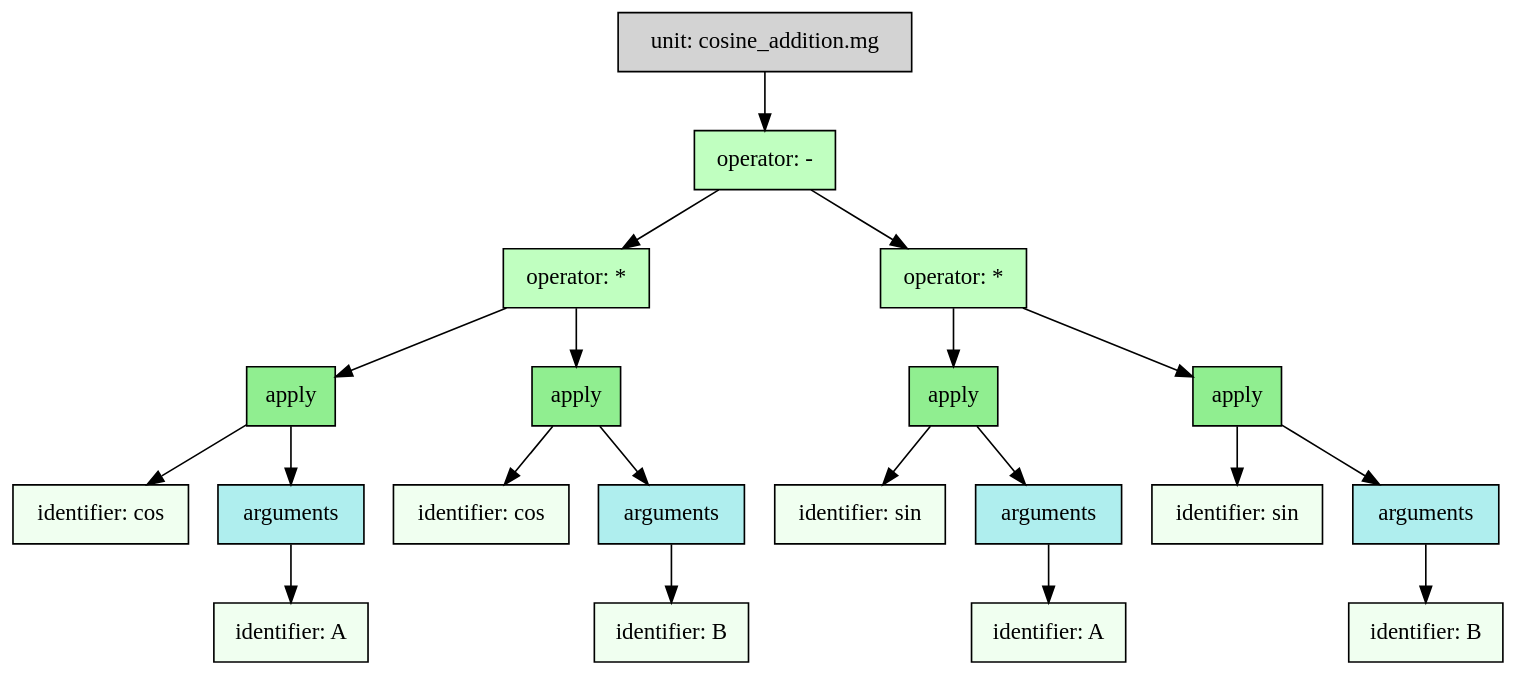
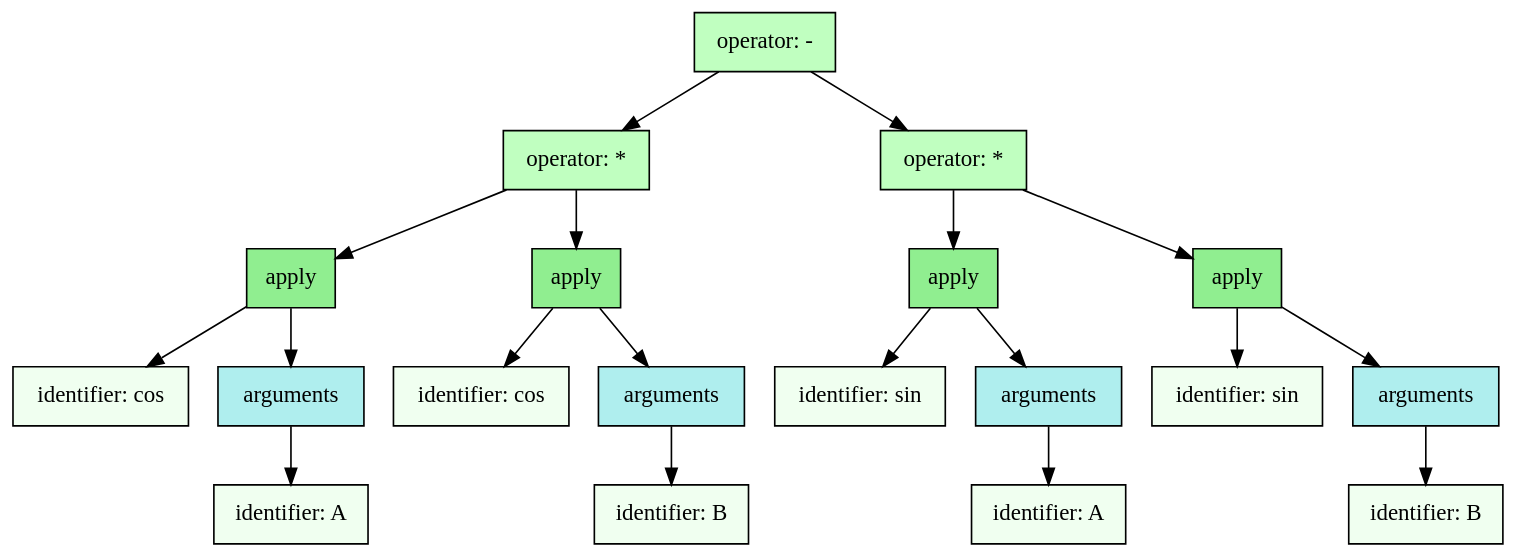
Before and after one commit to monogram-project/monogram: the second of 2 diagrams in docs/cosine_addition.md, drawn with Graphviz. The commit also changed other lines of this file and 10 other files, not shown here.

````diff
--- a/docs/cosine_addition.md
+++ b/docs/cosine_addition.md
@@ -304,45 +298,43 @@
 ```dot
 digraph G {
   bgcolor="transparent";
   node [shape="box", style="filled", fontname="Ubuntu Mono"];
-  "node_0xc00007e870" [label="unit: cosine_addition.mg", shape="box", fillcolor="lightgray"];
-  "node_0xc00007e810" [label="operator: -", shape="box", fillcolor="#C0FFC0"];
-  "node_0xc00007e870" -> "node_0xc00007e810";
-  "node_0xc00007e4b0" [label="operator: *", shape="box", fillcolor="#C0FFC0"];
-  "node_0xc00007e810" -> "node_0xc00007e4b0";
-  "node_0xc00007e300" [label="apply", shape="box", fillcolor="lightgreen"];
-  "node_0xc00007e4b0" -> "node_0xc00007e300";
-  "node_0xc00007e210" [label="identifier: cos", shape="box", fillcolor="Honeydew"];
-  "node_0xc00007e300" -> "node_0xc00007e210";
-  "node_0xc00007e2a0" [label="arguments", shape="box", fillcolor="PaleTurquoise"];
-  "node_0xc00007e300" -> "node_0xc00007e2a0";
-  "node_0xc00007e270" [label="identifier: A", shape="box", fillcolor="Honeydew"];
-  "node_0xc00007e2a0" -> "node_0xc00007e270";
-  "node_0xc00007e450" [label="apply", shape="box", fillcolor="lightgreen"];
-  "node_0xc00007e4b0" -> "node_0xc00007e450";
-  "node_0xc00007e360" [label="identifier: cos", shape="box", fillcolor="Honeydew"];
-  "node_0xc00007e450" -> "node_0xc00007e360";
-  "node_0xc00007e3f0" [label="arguments", shape="box", fillcolor="PaleTurquoise"];
-  "node_0xc00007e450" -> "node_0xc00007e3f0";
-  "node_0xc00007e3c0" [label="identifier: B", shape="box", fillcolor="Honeydew"];
-  "node_0xc00007e3f0" -> "node_0xc00007e3c0";
-  "node_0xc00007e7b0" [label="operator: *", shape="box", fillcolor="#C0FFC0"];
-  "node_0xc00007e810" -> "node_0xc00007e7b0";
-  "node_0xc00007e600" [label="apply", shape="box", fillcolor="lightgreen"];
-  "node_0xc00007e7b0" -> "node_0xc00007e600";
-  "node_0xc00007e510" [label="identifier: sin", shape="box", fillcolor="Honeydew"];
-  "node_0xc00007e600" -> "node_0xc00007e510";
-  "node_0xc00007e5a0" [label="arguments", shape="box", fillcolor="PaleTurquoise"];
-  "node_0xc00007e600" -> "node_0xc00007e5a0";
-  "node_0xc00007e570" [label="identifier: A", shape="box", fillcolor="Honeydew"];
-  "node_0xc00007e5a0" -> "node_0xc00007e570";
-  "node_0xc00007e750" [label="apply", shape="box", fillcolor="lightgreen"];
-  "node_0xc00007e7b0" -> "node_0xc00007e750";
-  "node_0xc00007e660" [label="identifier: sin", shape="box", fillcolor="Honeydew"];
-  "node_0xc00007e750" -> "node_0xc00007e660";
-  "node_0xc00007e6f0" [label="arguments", shape="box", fillcolor="PaleTurquoise"];
-  "node_0xc00007e750" -> "node_0xc00007e6f0";
-  "node_0xc00007e6c0" [label="identifier: B", shape="box", fillcolor="Honeydew"];
-  "node_0xc00007e6f0" -> "node_0xc00007e6c0";
+  "node_0xc0000a8810" [label="operator: -", shape="box", fillcolor="#C0FFC0"];
+  "node_0xc0000a84b0" [label="operator: *", shape="box", fillcolor="#C0FFC0"];
+  "node_0xc0000a8810" -> "node_0xc0000a84b0";
+  "node_0xc0000a8300" [label="apply", shape="box", fillcolor="lightgreen"];
+  "node_0xc0000a84b0" -> "node_0xc0000a8300";
+  "node_0xc0000a8210" [label="identifier: cos", shape="box", fillcolor="Honeydew"];
+  "node_0xc0000a8300" -> "node_0xc0000a8210";
+  "node_0xc0000a82a0" [label="arguments", shape="box", fillcolor="PaleTurquoise"];
+  "node_0xc0000a8300" -> "node_0xc0000a82a0";
+  "node_0xc0000a8270" [label="identifier: A", shape="box", fillcolor="Honeydew"];
+  "node_0xc0000a82a0" -> "node_0xc0000a8270";
+  "node_0xc0000a8450" [label="apply", shape="box", fillcolor="lightgreen"];
+  "node_0xc0000a84b0" -> "node_0xc0000a8450";
+  "node_0xc0000a8360" [label="identifier: cos", shape="box", fillcolor="Honeydew"];
+  "node_0xc0000a8450" -> "node_0xc0000a8360";
+  "node_0xc0000a83f0" [label="arguments", shape="box", fillcolor="PaleTurquoise"];
+  "node_0xc0000a8450" -> "node_0xc0000a83f0";
+  "node_0xc0000a83c0" [label="identifier: B", shape="box", fillcolor="Honeydew"];
+  "node_0xc0000a83f0" -> "node_0xc0000a83c0";
+  "node_0xc0000a87b0" [label="operator: *", shape="box", fillcolor="#C0FFC0"];
+  "node_0xc0000a8810" -> "node_0xc0000a87b0";
+  "node_0xc0000a8600" [label="apply", shape="box", fillcolor="lightgreen"];
+  "node_0xc0000a87b0" -> "node_0xc0000a8600";
+  "node_0xc0000a8510" [label="identifier: sin", shape="box", fillcolor="Honeydew"];
+  "node_0xc0000a8600" -> "node_0xc0000a8510";
+  "node_0xc0000a85a0" [label="arguments", shape="box", fillcolor="PaleTurquoise"];
+  "node_0xc0000a8600" -> "node_0xc0000a85a0";
+  "node_0xc0000a8570" [label="identifier: A", shape="box", fillcolor="Honeydew"];
+  "node_0xc0000a85a0" -> "node_0xc0000a8570";
+  "node_0xc0000a8750" [label="apply", shape="box", fillcolor="lightgreen"];
+  "node_0xc0000a87b0" -> "node_0xc0000a8750";
+  "node_0xc0000a8660" [label="identifier: sin", shape="box", fillcolor="Honeydew"];
+  "node_0xc0000a8750" -> "node_0xc0000a8660";
+  "node_0xc0000a86f0" [label="arguments", shape="box", fillcolor="PaleTurquoise"];
+  "node_0xc0000a8750" -> "node_0xc0000a86f0";
+  "node_0xc0000a86c0" [label="identifier: B", shape="box", fillcolor="Honeydew"];
+  "node_0xc0000a86f0" -> "node_0xc0000a86c0";
 }
 ```
````
